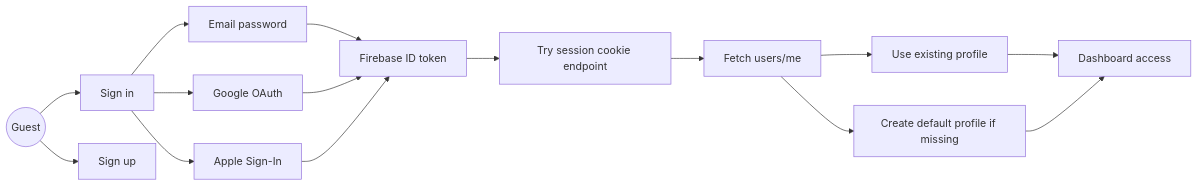
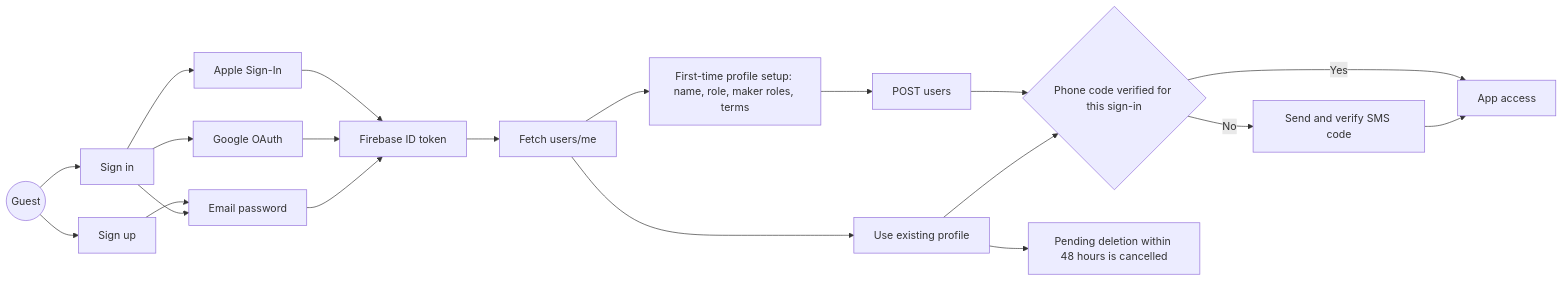
Before and after one commit to Tmaku18/RADIOapp: the first of 14 diagrams in docs/UML/uml-diagrams.md, drawn with Mermaid. The commit also changed other lines of this file and 64 other files, not shown here.

````diff
--- a/docs/UML/uml-diagrams.md
+++ b/docs/UML/uml-diagrams.md
@@ -18,17 +19,22 @@
 ```mermaid
 flowchart LR
   Guest((Guest)) --> Login[Sign in]
   Guest --> Signup[Sign up]
   Login --> EmailAuth[Email password]
   Login --> GoogleAuth[Google OAuth]
   Login --> AppleAuth[Apple Sign-In]
+  Signup --> EmailAuth
   EmailAuth --> FirebaseIdToken[Firebase ID token]
   GoogleAuth --> FirebaseIdToken
   AppleAuth --> FirebaseIdToken
-  FirebaseIdToken --> SessionCookieTry[Try session cookie endpoint]
-  SessionCookieTry --> ProfileFetch[Fetch users/me]
+  FirebaseIdToken --> ProfileFetch[Fetch users/me]
   ProfileFetch --> ExistingProfile[Use existing profile]
-  ProfileFetch --> CreateProfile[Create default profile if missing]
-  ExistingProfile --> AppAccess[Dashboard access]
-  CreateProfile --> AppAccess
+  ProfileFetch --> ProfileSetup[First-time profile setup: name, role, maker roles, terms]
+  ProfileSetup --> CreateProfile[POST users]
+  ExistingProfile --> PhoneCheck{Phone code verified for this sign-in}
+  CreateProfile --> PhoneCheck
+  PhoneCheck -->|No| PhoneCode[Send and verify SMS code]
+  PhoneCode --> AppAccess[App access]
+  PhoneCheck -->|Yes| AppAccess
+  ExistingProfile --> Restore[Pending deletion within 48 hours is cancelled]
 ```
````
